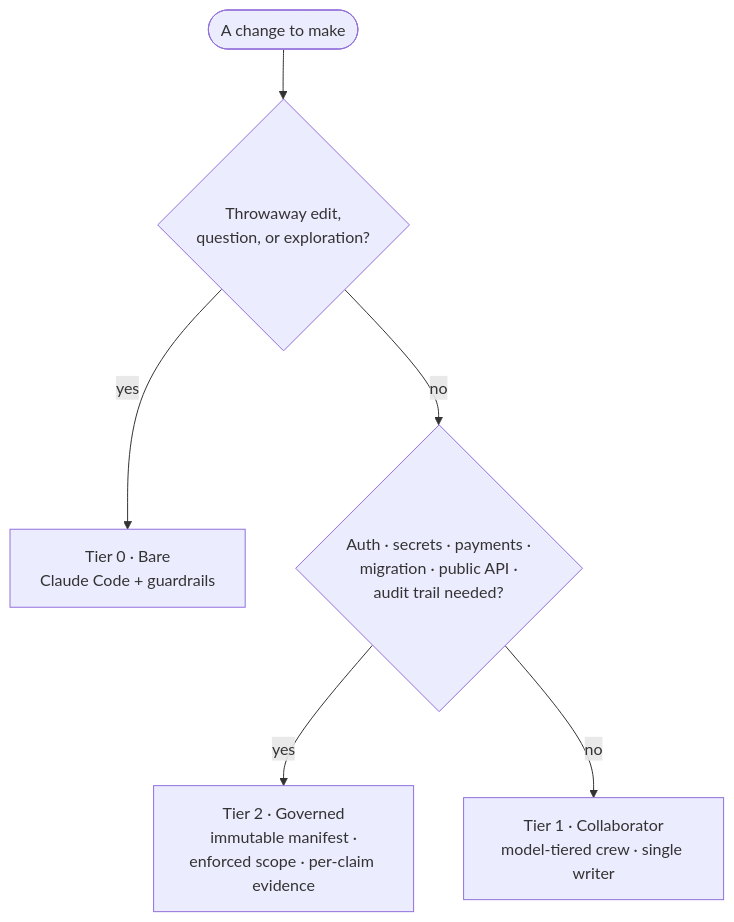
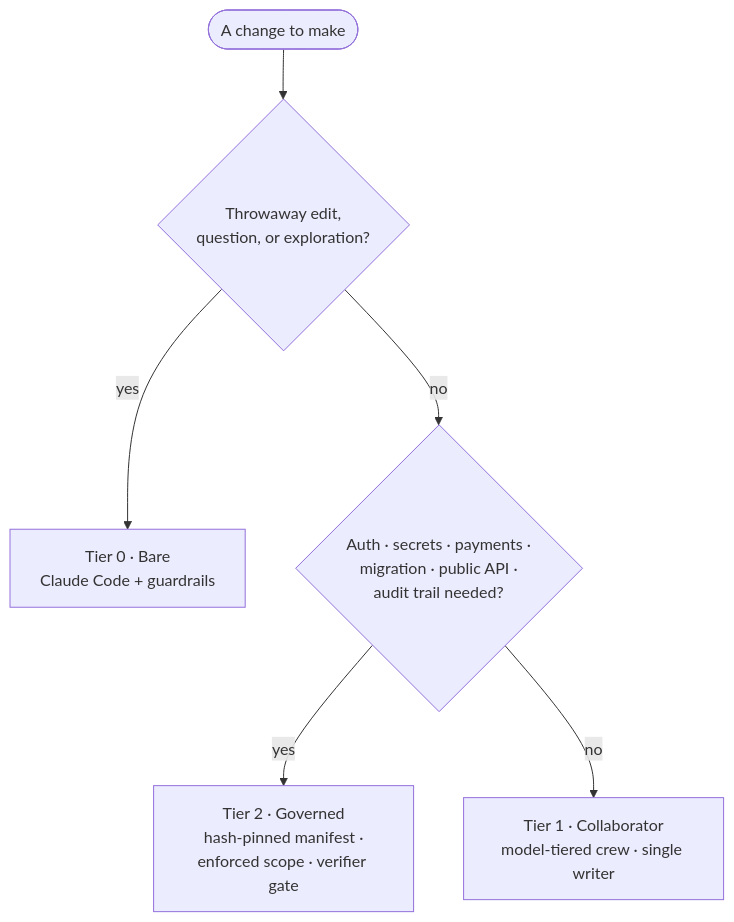
One commit to norton77930/Provost changed the diagram in README.md. Above: the diagram before and after it, drawn with Mermaid. The commit also changed other lines of this file and 15 other files, not shown here.

````diff
--- a/README.md
+++ b/README.md
@@ -23,8 +38,8 @@
 ```mermaid
 flowchart TD
     C(["A change to make"]) --> Q1{"Throwaway edit,<br/>question, or exploration?"}
     Q1 -->|yes| T0["Tier 0 · Bare<br/>Claude Code + guardrails"]
     Q1 -->|no| Q2{"Auth · secrets · payments ·<br/>migration · public API ·<br/>audit trail needed?"}
-    Q2 -->|yes| T2["Tier 2 · Governed<br/>immutable manifest ·<br/>enforced scope · per-claim evidence"]
+    Q2 -->|yes| T2["Tier 2 · Governed<br/>hash-pinned manifest ·<br/>enforced scope · verifier gate"]
     Q2 -->|no| T1["Tier 1 · Collaborator<br/>model-tiered crew · single writer"]
 ```
````
